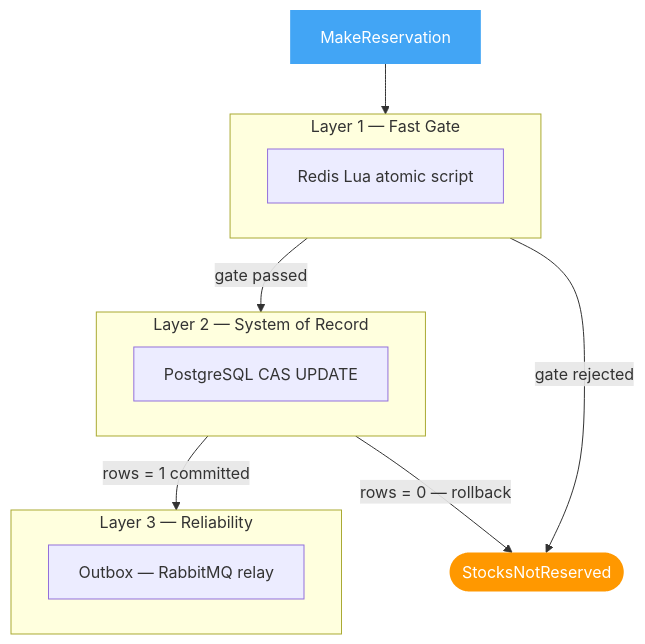
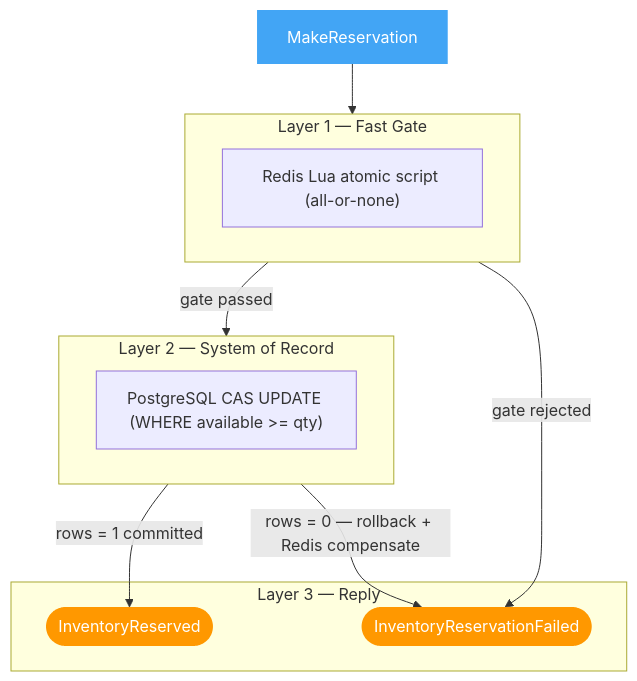
One commit to mnnam1302/EShop changed diagram 11 of 13 in Inventory/src/EShop.Inventory.API/README.md. Above: the diagram before and after it, drawn with Mermaid. The commit also changed other lines of this file and 105 other files, not shown here.

````diff
--- a/Inventory/src/EShop.Inventory.API/README.md
+++ b/Inventory/src/EShop.Inventory.API/README.md
@@ -113,25 +328,24 @@
 ```mermaid
 flowchart TB
     classDef command fill:#42a5f5,color:#fff,stroke:none
     classDef event   fill:#ff9800,color:#fff,stroke:none
 
     REQ[MakeReservation]:::command
 
     subgraph L1["Layer 1 — Fast Gate"]
-        R["Redis Lua atomic script"]
+        R["Redis Lua atomic script (all-or-none)"]
     end
     subgraph L2["Layer 2 — System of Record"]
-        PG["PostgreSQL CAS UPDATE"]
+        PG["PostgreSQL CAS UPDATE (WHERE available >= qty)"]
     end
-    subgraph L3["Layer 3 — Reliability"]
-        OB["Outbox — RabbitMQ relay"]
+    subgraph L3["Layer 3 — Reply"]
+        OK([InventoryReserved]):::event
+        FAIL([InventoryReservationFailed]):::event
     end
-
-    FAIL([StocksNotReserved]):::event
 
     REQ --> L1
     L1 -->|"gate passed"| L2
-    L2 -->|"rows = 1 committed"| L3
     L1 -->|"gate rejected"| FAIL
-    L2 -->|"rows = 0 — rollback"| FAIL
+    L2 -->|"rows = 1 committed"| OK
+    L2 -->|"rows = 0 — rollback + Redis compensate"| FAIL
 ```
````
